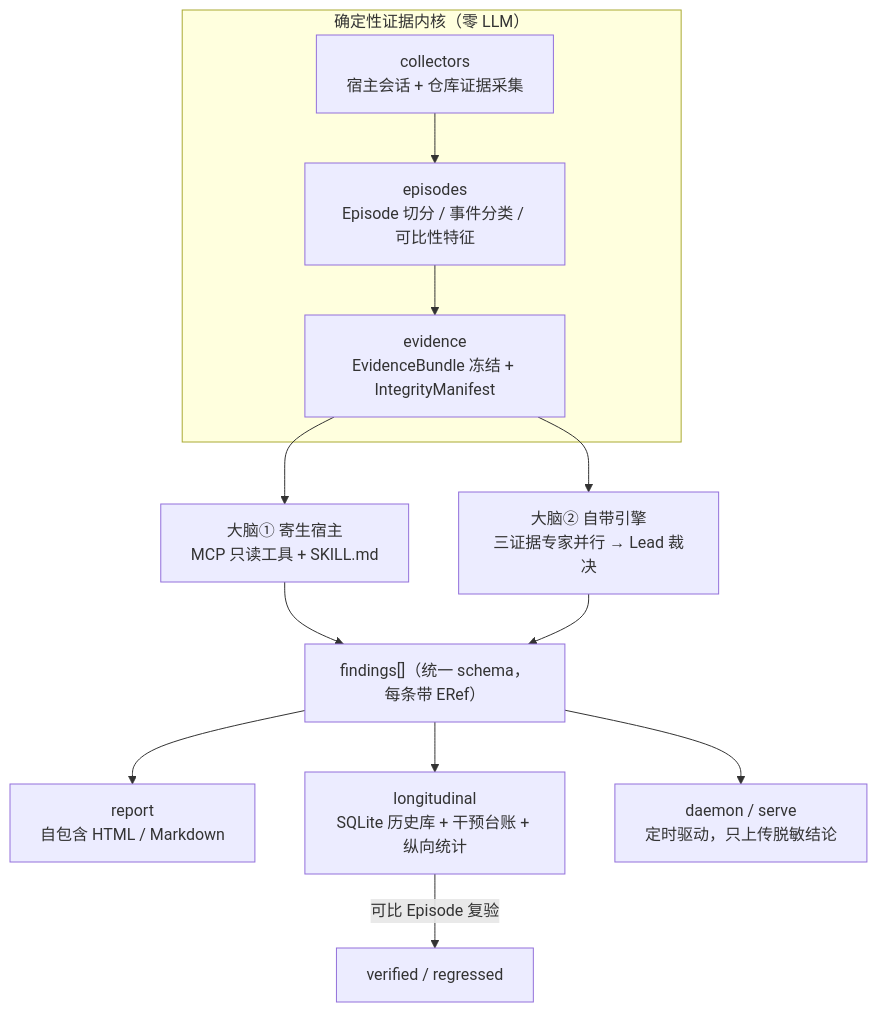
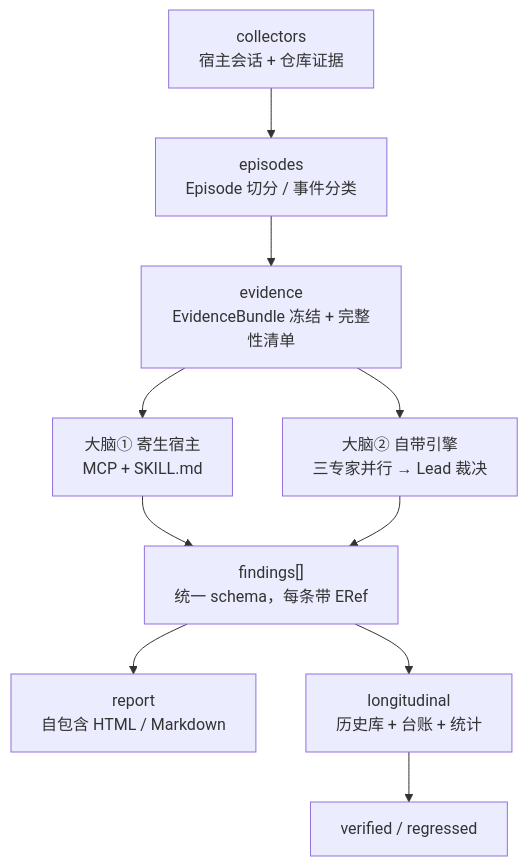
The diagram in README.md (Ember452/aftermatter), drawn with Mermaid before and after one commit. The commit also changed other lines of this file and 2 other files, not shown here.

````diff
--- a/README.md
+++ b/README.md
@@ -88,15 +53,12 @@
 ```mermaid
 flowchart TD
-    subgraph kernel["确定性证据内核（零 LLM）"]
-        C["collectors<br/>宿主会话 + 仓库证据采集"] --> E["episodes<br/>Episode 切分 / 事件分类 / 可比性特征"]
-        E --> B["evidence<br/>EvidenceBundle 冻结 + IntegrityManifest"]
-    end
-    B --> H["大脑① 寄生宿主<br/>MCP 只读工具 + SKILL.md"]
-    B --> S["大脑② 自带引擎<br/>三证据专家并行 → Lead 裁决"]
-    H --> F["findings[]（统一 schema，每条带 ERef）"]
+    C["collectors<br/>宿主会话 + 仓库证据"] --> E["episodes<br/>Episode 切分 / 事件分类"]
+    E --> B["evidence<br/>EvidenceBundle 冻结 + 完整性清单"]
+    B --> H["大脑① 寄生宿主<br/>MCP + SKILL.md"]
+    B --> S["大脑② 自带引擎<br/>三专家并行 → Lead 裁决"]
+    H --> F["findings[]<br/>统一 schema，每条带 ERef"]
     S --> F
     F --> R["report<br/>自包含 HTML / Markdown"]
-    F --> L["longitudinal<br/>SQLite 历史库 + 干预台账 + 纵向统计"]
-    L -->|"可比 Episode 复验"| V["verified / regressed"]
-    F --> D["daemon / serve<br/>定时驱动，只上传脱敏结论"]
+    F --> L["longitudinal<br/>历史库 + 台账 + 统计"]
+    L --> V["verified / regressed"]
 ```
````
